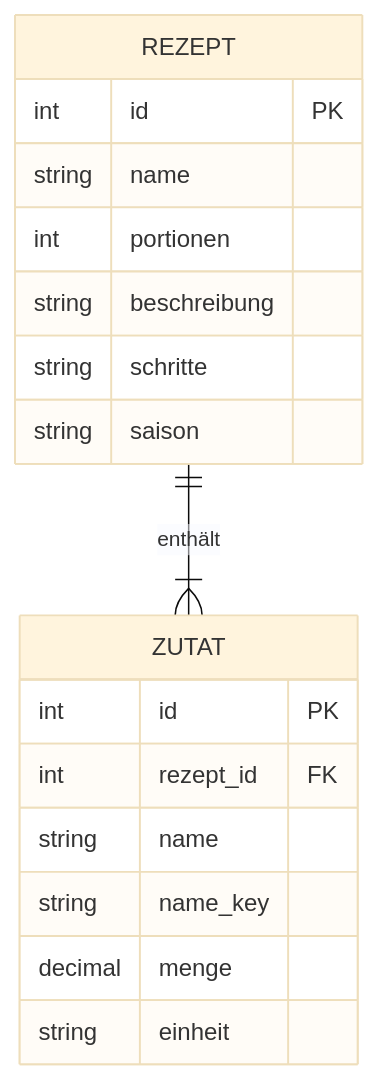
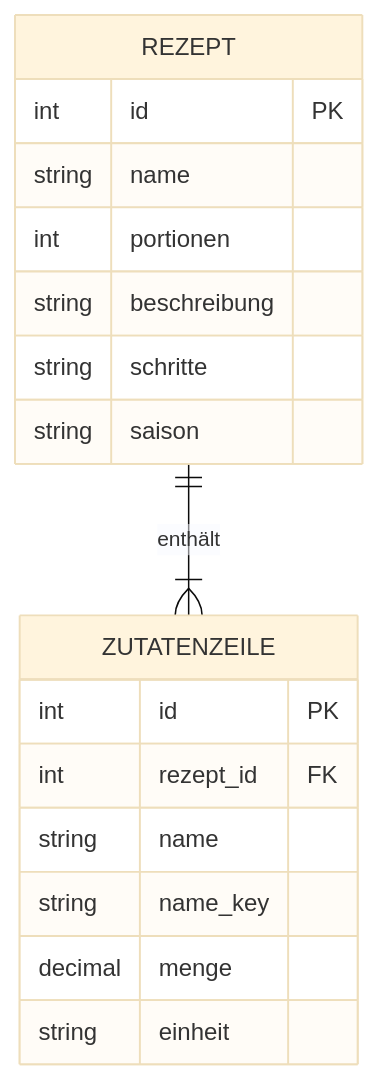
Before and after one commit to Hoylerma/SWT-Projekt: the diagram in docs/spec/data-model.md, drawn with Mermaid (base theme). The commit also changed other lines of this file, not shown here.

````diff
--- a/docs/spec/data-model.md
+++ b/docs/spec/data-model.md
@@ -22,20 +22,20 @@
 ```mermaid
 erDiagram
-    REZEPT ||--|{ ZUTAT : "enthält"
+    REZEPT ||--|{ ZUTATENZEILE : "enthält"
     REZEPT {
         int id PK
         string name
         int portionen
         string beschreibung
         string schritte
         string saison
     }
-    ZUTAT {
+    ZUTATENZEILE {
         int id PK
         int rezept_id FK
         string name
         string name_key
         decimal menge
         string einheit
     }
 ```
````
